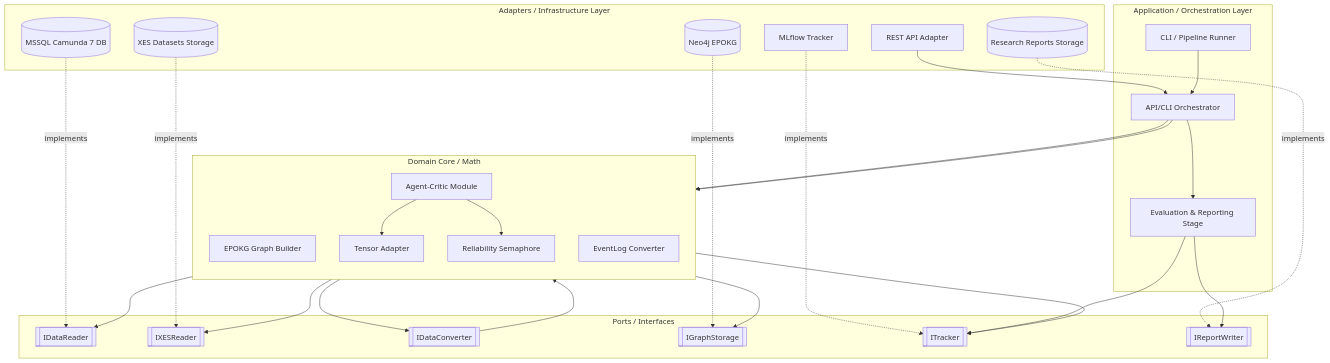
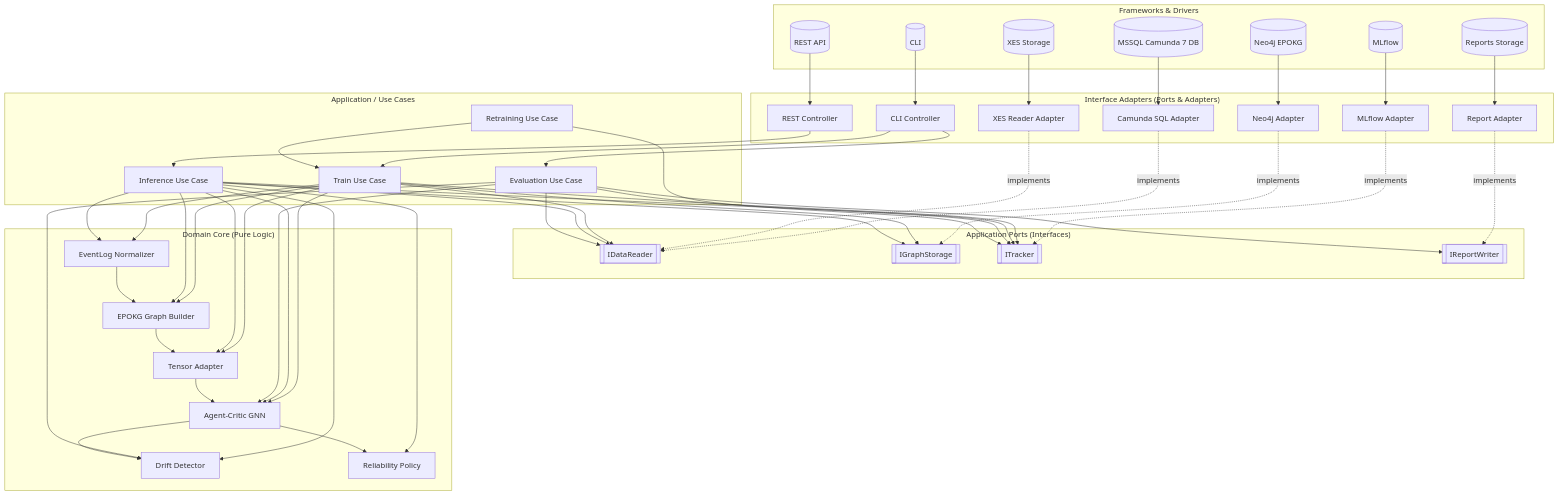
One commit to ghsrg/bpm_prediction changed the second of 7 diagrams in ARCHITECTURE.MD. Above: the diagram before and after it, drawn with Mermaid. The commit also changed other lines of this file and 7 other files, not shown here.

Commit message:
docs: enforce ports-based dependencies in architecture diagrams

````diff
--- a/ARCHITECTURE.MD
+++ b/ARCHITECTURE.MD
@@ -206,58 +344,100 @@
 ```mermaid
-flowchart TD
-    subgraph Infrastructure [Adapters / Infrastructure Layer]
-        CamundaDB[(MSSQL Camunda 7 DB)]
-        XESFiles[(XES Datasets Storage)]
-        Neo4j[(Neo4j EPOKG)]
-        MLflow[MLflow Tracker]
-        Reports[(Research Reports Storage)]
-        RestAPI[REST API Adapter]
-    end
+flowchart TB
 
-    subgraph Application [Application / Orchestration Layer]
-        CLI[CLI / Pipeline Runner]
-        APIOrch[API/CLI Orchestrator]
-        Eval[Evaluation & Reporting Stage]
-    end
+subgraph Frameworks["Frameworks & Drivers"]
+    CamundaDB[(MSSQL Camunda 7 DB)]
+    XESFiles[(XES Storage)]
+    Neo4j[(Neo4j EPOKG)]
+    MLflow[(MLflow)]
+    Reports[(Reports Storage)]
+    REST[(REST API)]
+    CLI[(CLI)]
+end
 
-    subgraph Ports [Ports / Interfaces]
-        IDataReader[[IDataReader]]
-        IXESReader[[IXESReader]]
-        IDataConverter[[IDataConverter]]
-        IGraphStorage[[IGraphStorage]]
-        ITracker[[ITracker]]
-        IReportWriter[[IReportWriter]]
-    end
+subgraph Adapters["Interface Adapters (Ports & Adapters)"]
+    SQLAdapter[Camunda SQL Adapter]
+    XESAdapter[XES Reader Adapter]
+    GraphAdapter[Neo4j Adapter]
+    TrackerAdapter[MLflow Adapter]
+    ReportAdapter[Report Adapter]
+    APIController[REST Controller]
+    CLIController[CLI Controller]
+end
 
-    subgraph Core [Domain Core / Math]
-        direction TB
-        Builder[EPOKG Graph Builder]
-        Converter[EventLog Converter]
-        TensorConv[Tensor Adapter]
-        GNN[Agent-Critic Module]
-        Semaphore[Reliability Semaphore]
-    end
+subgraph Ports["Application Ports (Interfaces)"]
+    IDataReader[[IDataReader]]
+    IGraphStorage[[IGraphStorage]]
+    ITracker[[ITracker]]
+    IReportWriter[[IReportWriter]]
+end
 
-    CamundaDB -.implements.-> IDataReader
-    XESFiles -.implements.-> IXESReader
-    Neo4j -.implements.-> IGraphStorage
-    MLflow -.implements.-> ITracker
-    Reports -.implements.-> IReportWriter
-    RestAPI --> APIOrch
+subgraph Application["Application / Use Cases"]
+    TrainUC[Train Use Case]
+    InferUC[Inference Use Case]
+    EvalUC[Evaluation Use Case]
+    RetrainUC[Retraining Use Case]
+end
 
-    CLI --> APIOrch
-    APIOrch --> Builder
-    APIOrch --> GNN
-    APIOrch --> Eval
+subgraph Domain["Domain Core (Pure Logic)"]
+    EventNormalizer[EventLog Normalizer]
+    GraphBuilder[EPOKG Graph Builder]
+    TensorAdapter[Tensor Adapter]
+    AgentCritic[Agent-Critic GNN]
+    DriftDetector[Drift Detector]
+    ReliabilityPolicy[Reliability Policy]
+end
 
-    Builder --> IDataReader
-    Builder --> IXESReader
-    Builder --> IDataConverter
-    Builder --> IGraphStorage
-    IDataConverter --> Converter
-    GNN --> TensorConv
-    GNN --> Semaphore
-    Semaphore --> ITracker
-    Eval --> ITracker
-    Eval --> IReportWriter
+CamundaDB --> SQLAdapter
+XESFiles --> XESAdapter
+Neo4j --> GraphAdapter
+MLflow --> TrackerAdapter
+Reports --> ReportAdapter
+REST --> APIController
+CLI --> CLIController
+
+SQLAdapter -.implements.-> IDataReader
+XESAdapter -.implements.-> IDataReader
+GraphAdapter -.implements.-> IGraphStorage
+TrackerAdapter -.implements.-> ITracker
+ReportAdapter -.implements.-> IReportWriter
+
+APIController --> InferUC
+CLIController --> TrainUC
+CLIController --> EvalUC
+
+TrainUC --> IDataReader
+TrainUC --> IGraphStorage
+TrainUC --> ITracker
+
+InferUC --> IDataReader
+InferUC --> IGraphStorage
+InferUC --> ITracker
+
+EvalUC --> IDataReader
+EvalUC --> ITracker
+EvalUC --> IReportWriter
+
+RetrainUC --> ITracker
+RetrainUC --> TrainUC
+
+TrainUC --> EventNormalizer
+TrainUC --> GraphBuilder
+TrainUC --> TensorAdapter
+TrainUC --> AgentCritic
+
+InferUC --> EventNormalizer
+InferUC --> GraphBuilder
+InferUC --> TensorAdapter
+InferUC --> AgentCritic
+InferUC --> DriftDetector
+InferUC --> ReliabilityPolicy
+
+EvalUC --> AgentCritic
+EvalUC --> DriftDetector
+
+EventNormalizer --> GraphBuilder
+GraphBuilder --> TensorAdapter
+TensorAdapter --> AgentCritic
+AgentCritic --> DriftDetector
+AgentCritic --> ReliabilityPolicy
 ```
````
